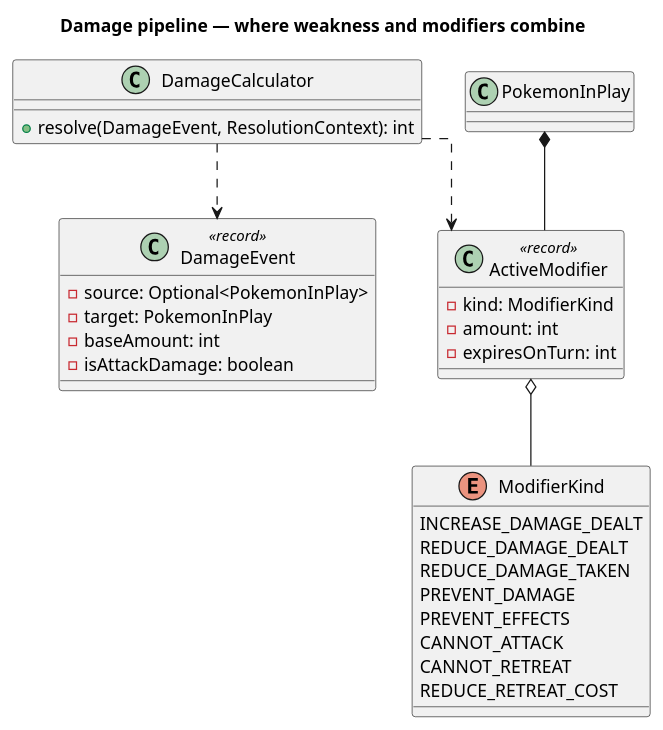
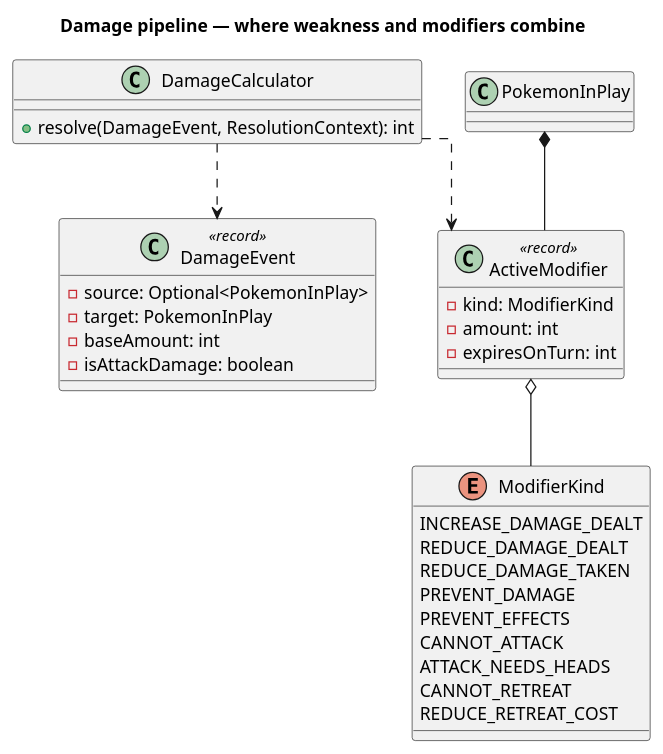
Before and after one commit to Richie-Moon/TCGPocketBattler: the first of 2 diagrams in docs/UML/Damage.puml, drawn with PlantUML. The commit also changed 5 other files, not shown here.

Commit message:
feat(engine): Added HinderAttack, an attack that goes through only on heads

```diff
--- a/docs/UML/Damage.puml
+++ b/docs/UML/Damage.puml
@@ -1,51 +1,52 @@
 @startuml
 title Damage pipeline — where weakness and modifiers combine
 
 skinparam linetype ortho
 
 /'
   DealDamage names only an amount and a target, so weakness, ReduceDamageTaken,
   ReduceDamageDealt and IncreaseDamage had nowhere to meet, and IDurationEffect's `duration` had
   nowhere to be stored. Both are fixed here.
 '/
 
 class DamageEvent <<record>> {
     - source: Optional<PokemonInPlay>
     - target: PokemonInPlay
     - baseAmount: int
     /' False for spread/bench damage and for between-turns poison and burn,
        which skip weakness and most modifiers. '/
     - isAttackDamage: boolean
 }
 
 class DamageCalculator {
     + resolve(DamageEvent, ResolutionContext): int
 }
 
 /'
   Installed on PokemonInPlay by an IDurationEffect and expired between turns.
   This is the storage that IDurationEffect previously lacked.
 '/
 class ActiveModifier <<record>> {
     - kind: ModifierKind
     - amount: int
     - expiresOnTurn: int
 }
 
 enum ModifierKind {
     INCREASE_DAMAGE_DEALT
     REDUCE_DAMAGE_DEALT
     REDUCE_DAMAGE_TAKEN
     PREVENT_DAMAGE
     PREVENT_EFFECTS
     CANNOT_ATTACK
+    ATTACK_NEEDS_HEADS
     CANNOT_RETREAT
     REDUCE_RETREAT_COST
 }
 
 DamageCalculator ..> DamageEvent
 DamageCalculator ..> ActiveModifier
 ActiveModifier o-- ModifierKind
 PokemonInPlay *-- ActiveModifier
 
 @enduml
```
